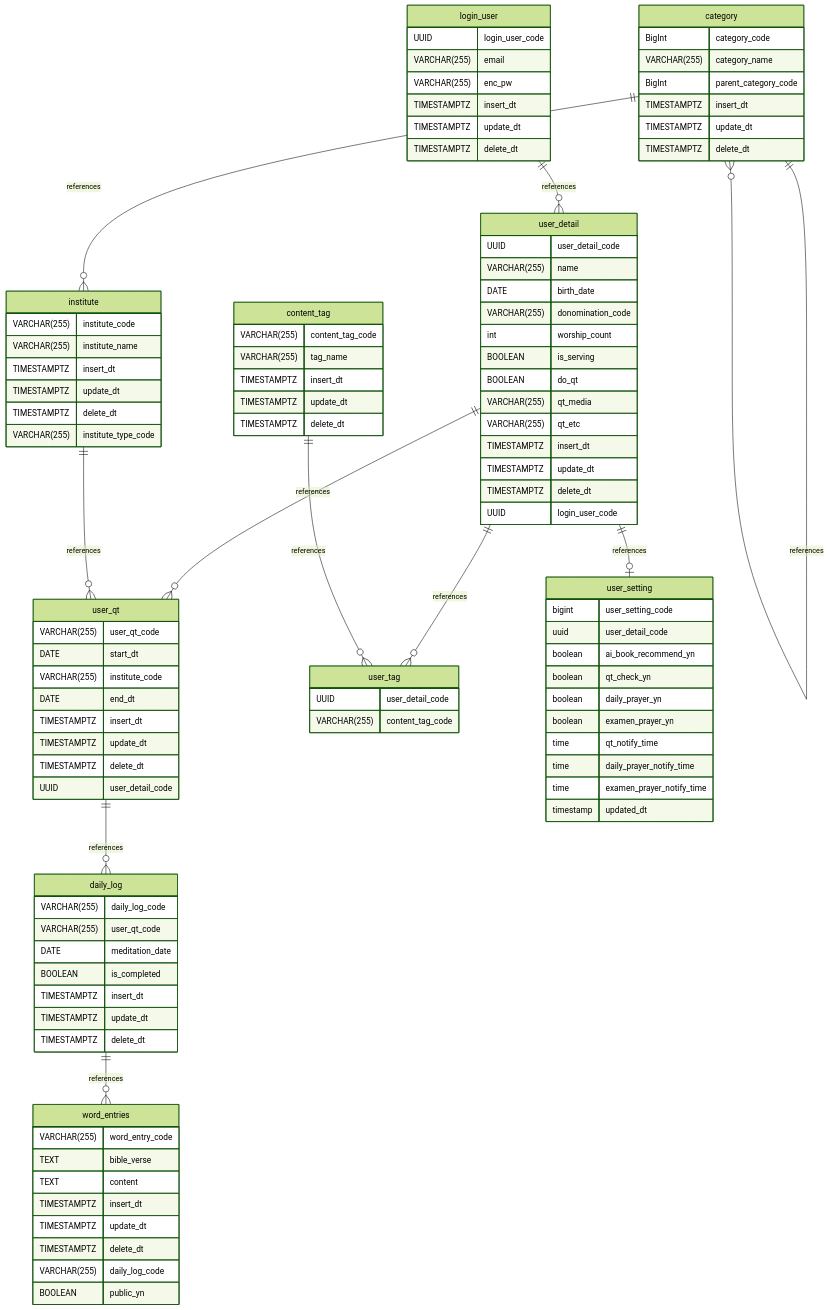
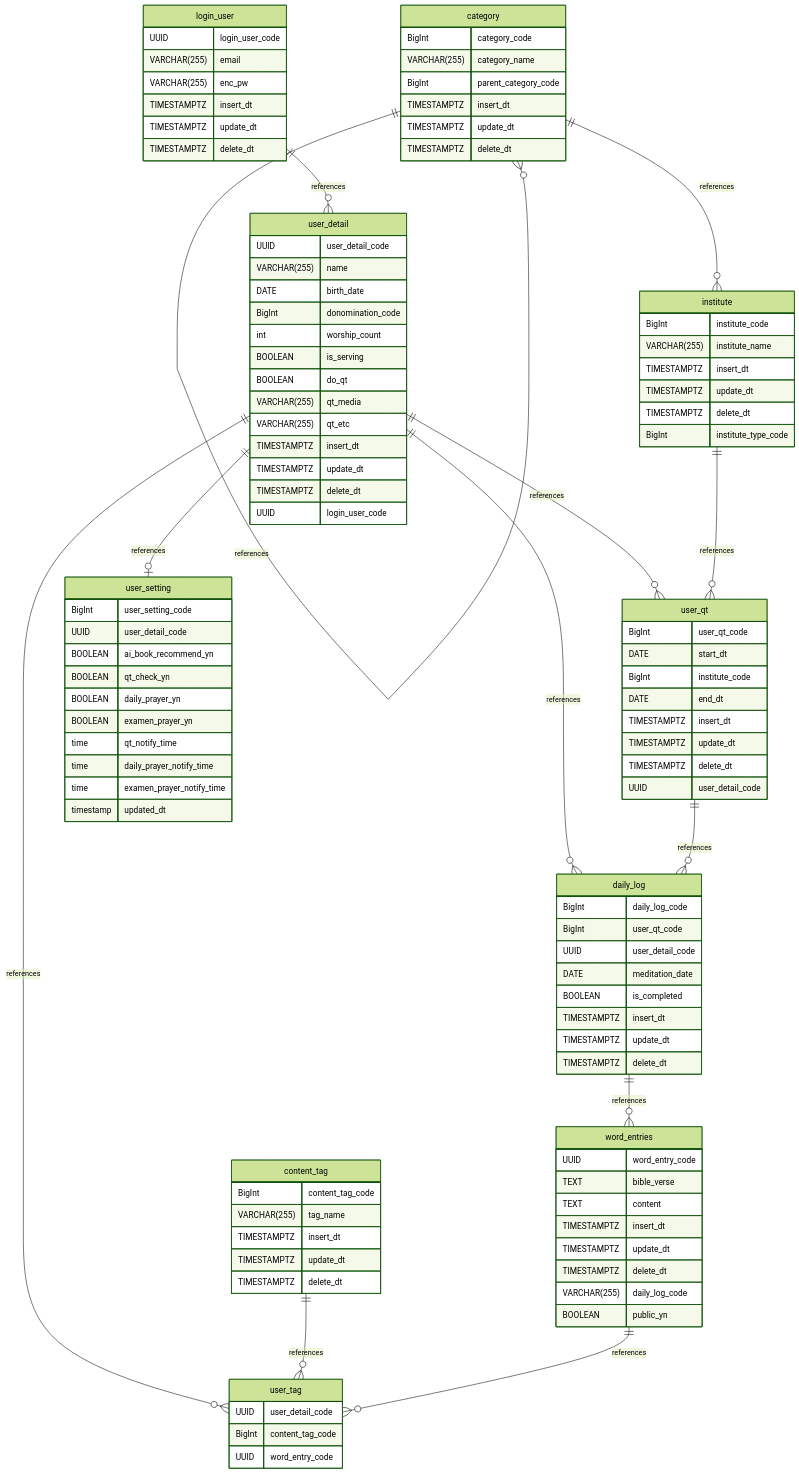
One commit to LinaShinDev/daily-word-log changed the diagram in README.md. Above: the diagram before and after it, drawn with Mermaid (forest theme).

````diff
--- a/README.md
+++ b/README.md
@@ -29,15 +29,17 @@
 ```mermaid 
 erDiagram
 	login_user ||--o{ user_detail : references
-	category ||--o{ category : references
-	category ||--o{ institute : references
-	user_detail ||--o{ user_qt : references
-	institute ||--o{ user_qt : references
-	user_qt ||--o{ daily_log : references
-	daily_log ||--o{ word_entries : references
-	user_detail ||--o{ user_tag : references
-	content_tag ||--o{ user_tag : references
-	user_detail ||--o| user_setting : references
+    category ||--o{ category : references
+    category ||--o{ institute : references
+    user_detail ||--o{ user_qt : references
+    user_detail ||--o{ daily_log : references
+    institute ||--o{ user_qt : references
+    user_qt ||--o{ daily_log : references
+    daily_log ||--o{ word_entries : references
+    user_detail ||--o{ user_tag : references
+    content_tag ||--o{ user_tag : references
+    word_entries ||--o{ user_tag : references
+    user_detail ||--o| user_setting : references
 
 	
 	login_user {
@@ -53,7 +55,7 @@
 		UUID user_detail_code
 		VARCHAR(255) name
 		DATE birth_date
-		VARCHAR(255) donomination_code
+		BigInt donomination_code
 		int worship_count
 		BOOLEAN is_serving
 		BOOLEAN do_qt
@@ -66,12 +68,12 @@
 	}
 
 	user_setting {
-        bigint user_setting_code
-        uuid user_detail_code
-        boolean ai_book_recommend_yn
-        boolean qt_check_yn
-        boolean daily_prayer_yn
-        boolean examen_prayer_yn
+        BigInt user_setting_code
+        UUID user_detail_code
+        BOOLEAN ai_book_recommend_yn
+        BOOLEAN qt_check_yn
+        BOOLEAN daily_prayer_yn
+        BOOLEAN examen_prayer_yn
         time qt_notify_time
         time daily_prayer_notify_time
         time examen_prayer_notify_time
@@ -88,18 +90,18 @@
 	}
 
 	institute {
-		VARCHAR(255) institute_code
+		BigInt institute_code
 		VARCHAR(255) institute_name
 		TIMESTAMPTZ insert_dt
 		TIMESTAMPTZ update_dt
 		TIMESTAMPTZ delete_dt
-		VARCHAR(255) institute_type_code
+		BigInt institute_type_code
 	}
 
 	user_qt {
-		VARCHAR(255) user_qt_code
+		BigInt user_qt_code
 		DATE start_dt
-		VARCHAR(255) institute_code
+		BigInt institute_code
 		DATE end_dt
 		TIMESTAMPTZ insert_dt
 		TIMESTAMPTZ update_dt
@@ -108,8 +110,9 @@
 	}
 
 	daily_log {
-		VARCHAR(255) daily_log_code
-		VARCHAR(255) user_qt_code
+		BigInt daily_log_code
+		BigInt user_qt_code
+		UUID user_detail_code
 		DATE meditation_date
 		BOOLEAN is_completed
 		TIMESTAMPTZ insert_dt
@@ -118,7 +121,7 @@
 	}
 
 	word_entries {
-		VARCHAR(255) word_entry_code
+		UUID word_entry_code
 		TEXT bible_verse
 		TEXT content
 		TIMESTAMPTZ insert_dt
@@ -129,7 +132,7 @@
 	}
 
 	content_tag {
-		VARCHAR(255) content_tag_code
+		BigInt content_tag_code
 		VARCHAR(255) tag_name
 		TIMESTAMPTZ insert_dt
 		TIMESTAMPTZ update_dt
@@ -138,6 +141,7 @@
 
 	user_tag {
 		UUID user_detail_code
-		VARCHAR(255) content_tag_code
+		BigInt content_tag_code
+		UUID word_entry_code
 	}
 ```
````
